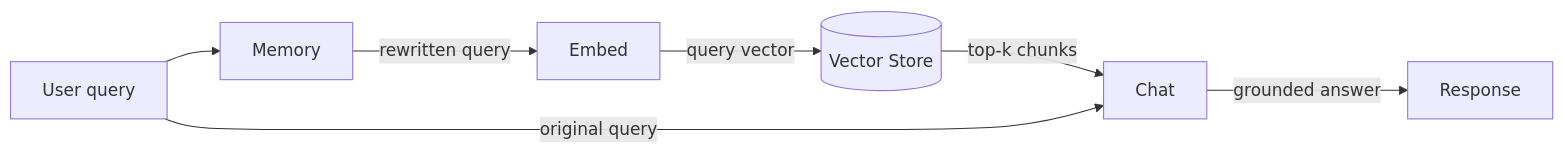
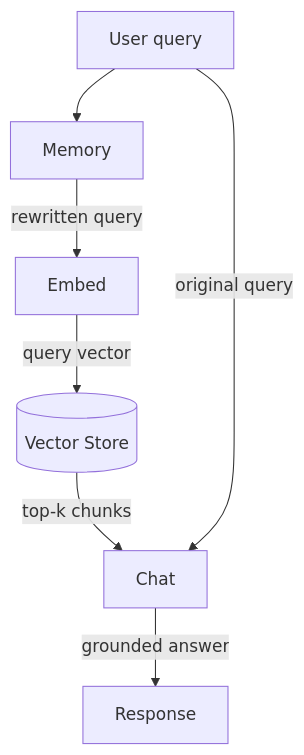
One commit to schmettow/ragrig changed the diagram in README.md. Above: the diagram before and after it, drawn with Mermaid. The commit also changed other lines of this file and 1 other file, not shown here.

````diff
--- a/README.md
+++ b/README.md
@@ -60,9 +60,9 @@
 ```mermaid
-flowchart LR
+flowchart TD
     U[User query] --> M[Memory]
     M -->|rewritten query| E[Embed]
     E -->|query vector| V[(Vector Store)]
     V -->|top-k chunks| C[Chat]
     U -->|original query| C
     C -->|grounded answer| R[Response]
 ```
````
